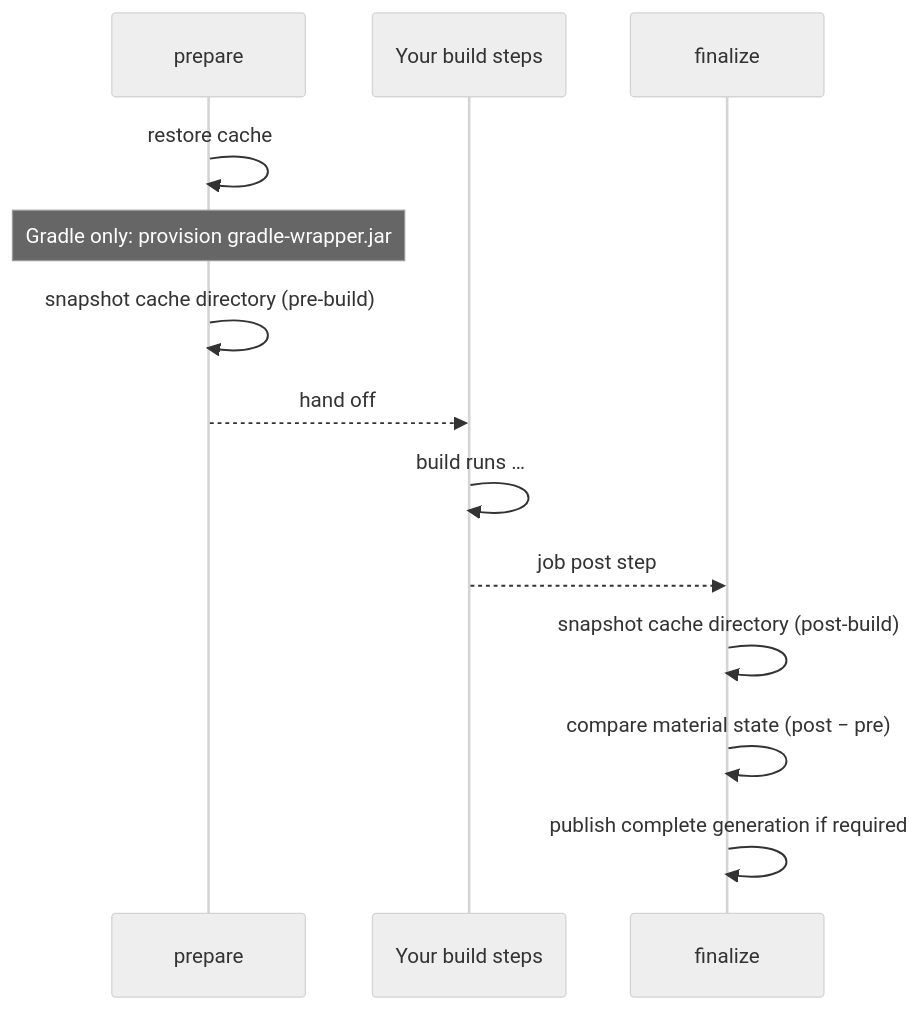
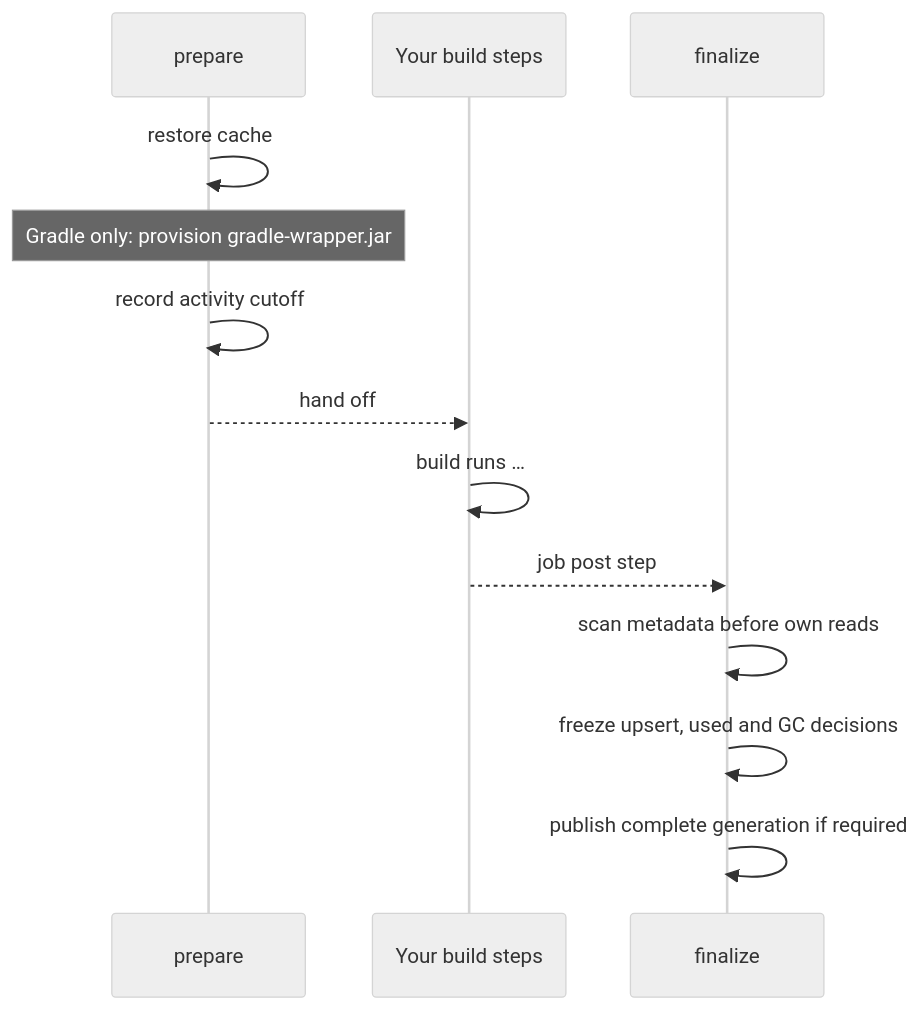
One commit to buildish-tooling/buildish-mammoth-cache changed the diagram in docs/user/getting-started.md. Above: the diagram before and after it, drawn with Mermaid (neutral theme). The commit also changed other lines of this file and 59 other files, not shown here.

````diff
--- a/docs/user/getting-started.md
+++ b/docs/user/getting-started.md
@@ -123,16 +123,16 @@
 ```mermaid
 sequenceDiagram
     participant P as prepare
     participant B as Your build steps
     participant F as finalize
 
     P->>P: restore cache
     note over P: Gradle only: provision gradle-wrapper.jar
-    P->>P: snapshot cache directory (pre-build)
+    P->>P: record activity cutoff
     P-->>B: hand off
     B->>B: build runs …
     B-->>F: job post step
-    F->>F: snapshot cache directory (post-build)
-    F->>F: compare material state (post − pre)
+    F->>F: scan metadata before own reads
+    F->>F: freeze upsert, used and GC decisions
     F->>F: publish complete generation if required
 ```
````
